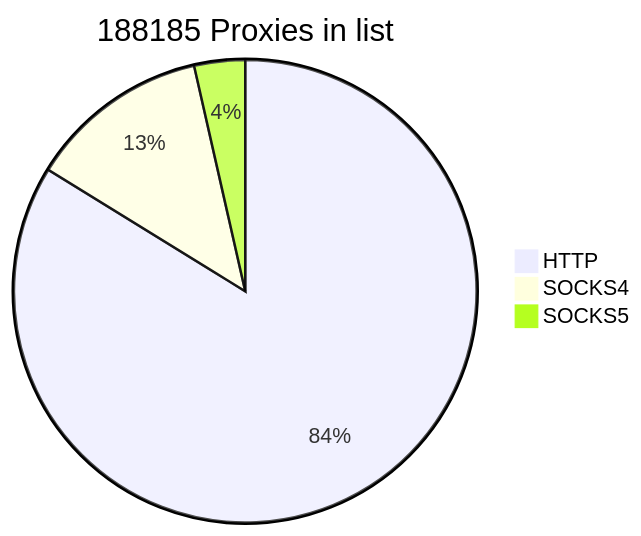
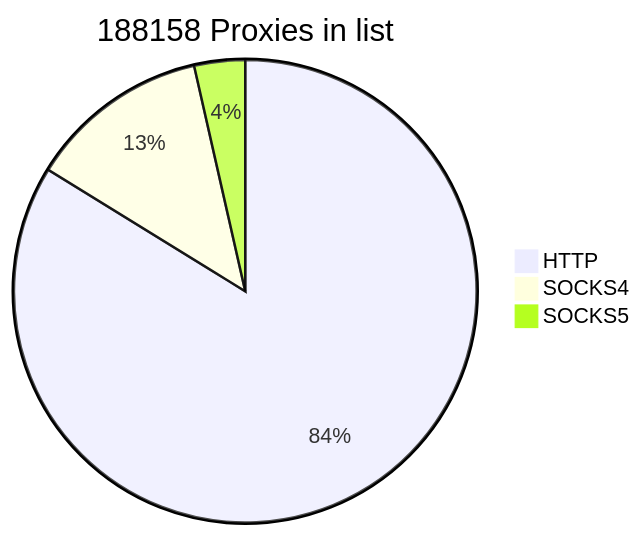
The first of 2 diagrams in README.md (cutipu/proxylist), drawn with Mermaid before and after one commit. The commit also changed other lines of this file, not shown here.

````diff
--- a/README.md
+++ b/README.md
@@ -2,7 +2,7 @@
 ```mermaid
-pie title 188185 Proxies in list
-    "HTTP" : 157682
-    "SOCKS4" : 23818
-    "SOCKS5" : 6685
+pie title 188158 Proxies in list
+    "HTTP" : 157656
+    "SOCKS4" : 23820
+    "SOCKS5" : 6682
             
 ```
````
